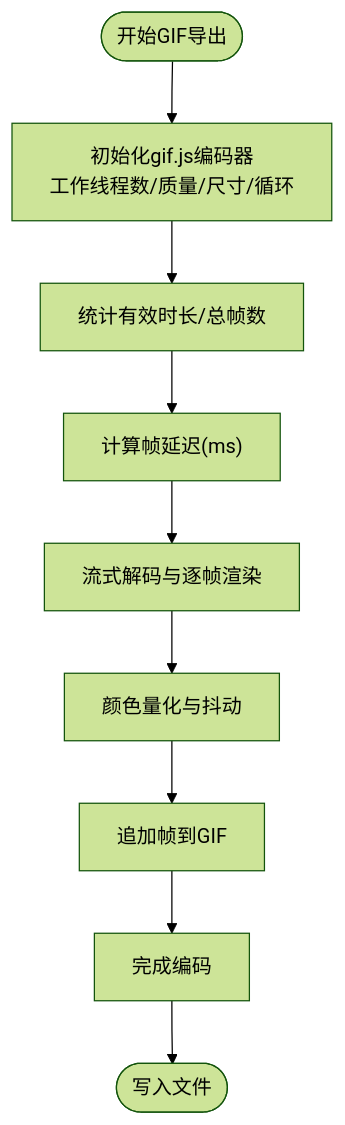
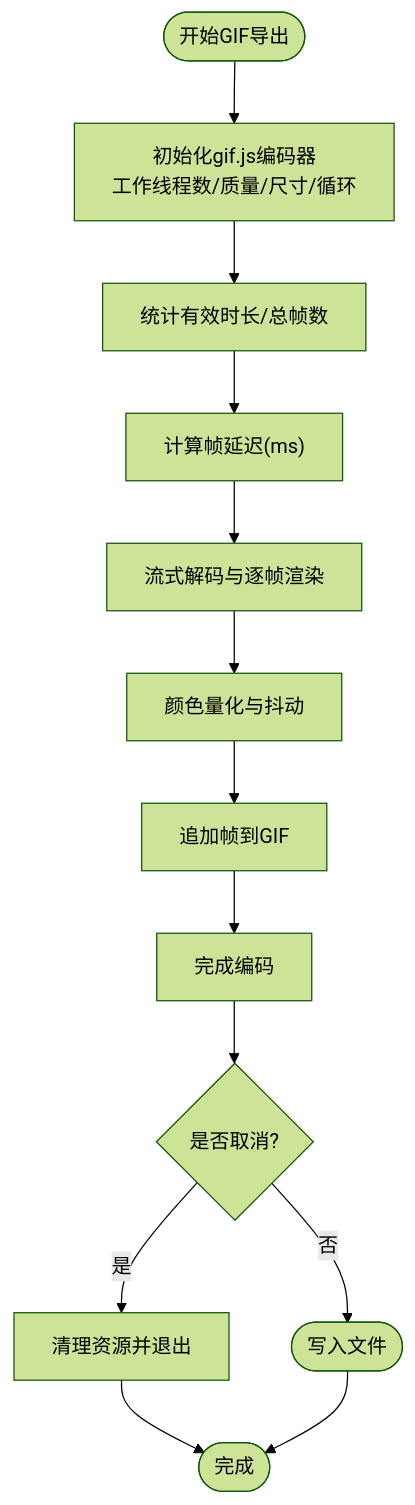
One commit to zhanggmin/openscreen changed the fourth of 7 diagrams in .qoder/repowiki/zh/content/导出系统/导出系统.md. Above: the diagram before and after it, drawn with Mermaid (forest theme). The commit also changed other lines of this file and 87 other files, not shown here.

````diff
--- a/.qoder/repowiki/zh/content/导出系统/导出系统.md
+++ b/.qoder/repowiki/zh/content/导出系统/导出系统.md
@@ -204,11 +249,15 @@
 ```mermaid
 flowchart TD
 S(["开始GIF导出"]) --> Init["初始化gif.js编码器<br/>工作线程数/质量/尺寸/循环"]
 Init --> Metrics["统计有效时长/总帧数"]
 Metrics --> Delay["计算帧延迟(ms)"]
 Delay --> Stream["流式解码与逐帧渲染"]
 Stream --> Quantize["颜色量化与抖动"]
 Quantize --> Append["追加帧到GIF"]
 Append --> Finalize["完成编码"]
-Finalize --> W(["写入文件"])
+Finalize --> CancelCheck{"是否取消?"}
+CancelCheck --> |是| Cleanup["清理资源并退出"]
+CancelCheck --> |否| W(["写入文件"])
+Cleanup --> End(["完成"])
+W --> End
 ```
````
